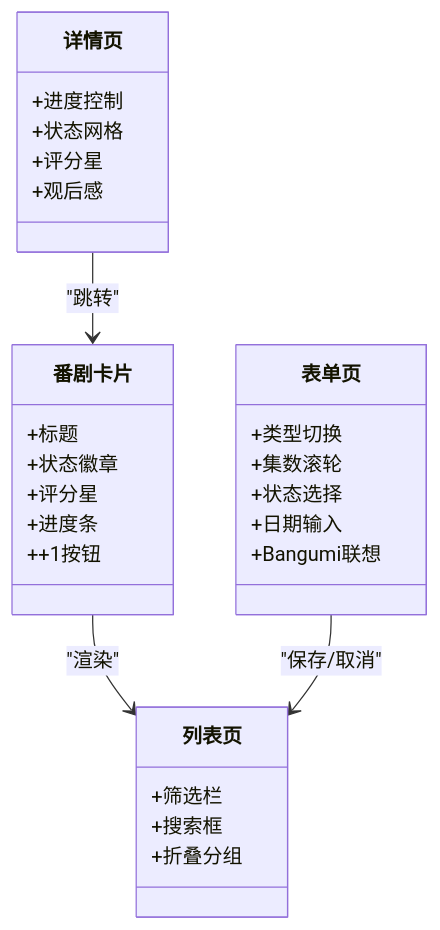
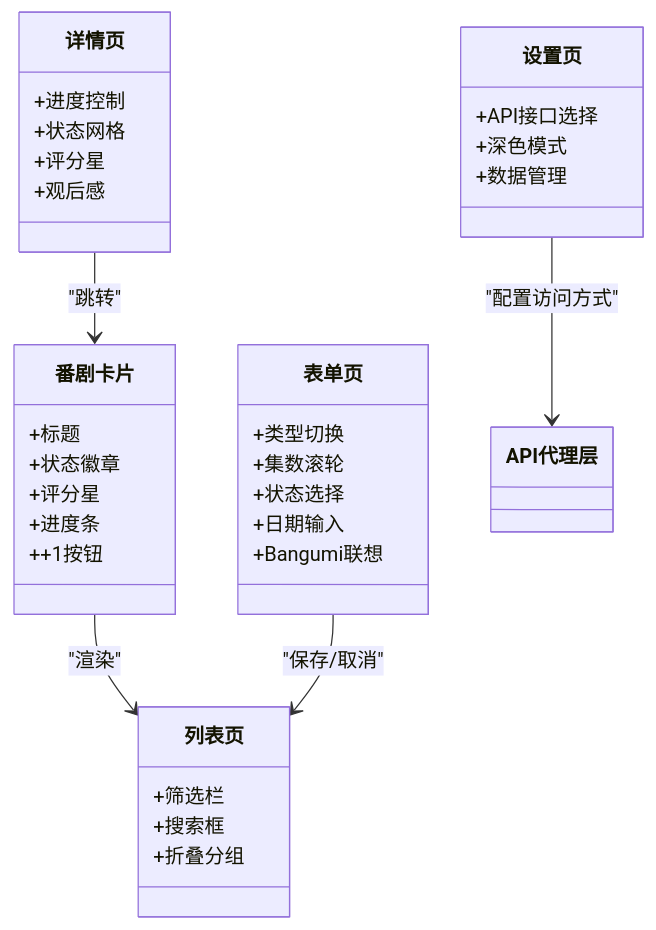
Before and after one commit to KAGUYA284/anima-list: the tenth of 11 diagrams in .qoder/repowiki/zh/content/核心功能模块/核心功能模块.md, drawn with Mermaid. The commit also changed other lines of this file and 17 other files, not shown here.

````diff
--- a/.qoder/repowiki/zh/content/核心功能模块/核心功能模块.md
+++ b/.qoder/repowiki/zh/content/核心功能模块/核心功能模块.md
@@ -288,31 +399,37 @@
 ```mermaid
 classDiagram
 class 番剧卡片 {
 +标题
 +状态徽章
 +评分星
 +进度条
 ++1按钮
 }
 class 详情页 {
 +进度控制
 +状态网格
 +评分星
 +观后感
 }
 class 表单页 {
 +类型切换
 +集数滚轮
 +状态选择
 +日期输入
 +Bangumi联想
 }
+class 设置页 {
++API接口选择
++深色模式
++数据管理
+}
 class 列表页 {
 +筛选栏
 +搜索框
 +折叠分组
 }
 番剧卡片 --> 列表页 : "渲染"
 详情页 --> 番剧卡片 : "跳转"
 表单页 --> 列表页 : "保存/取消"
+设置页 --> API代理层 : "配置访问方式"
 ```
````
